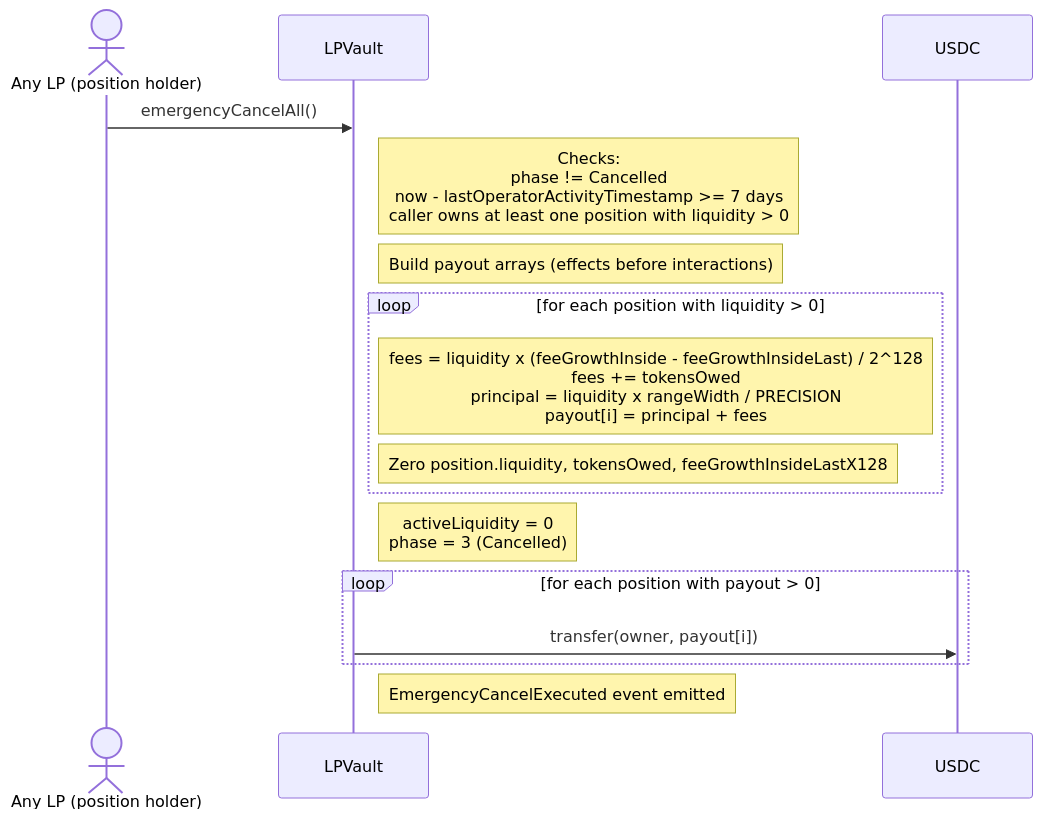
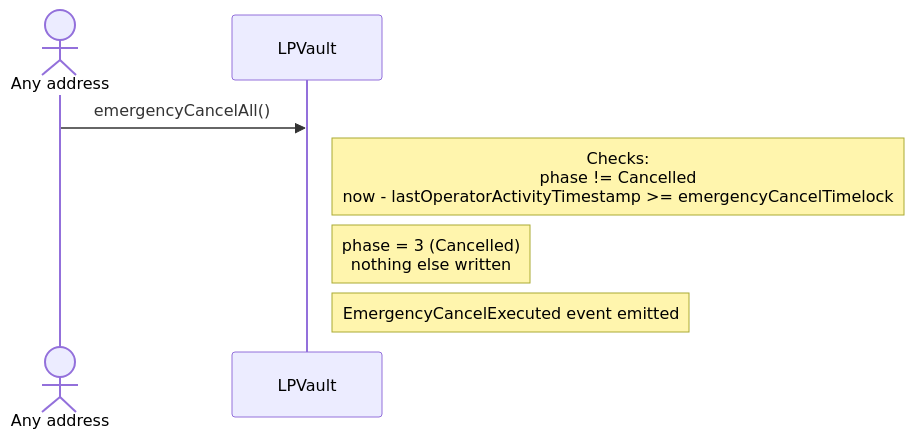
Before and after one commit to ProphetMarket/lp-vaults: diagram 19 of 33 in REFERENCE.md, drawn with Mermaid. The commit also changed other lines of this file and 4 other files, not shown here.

````diff
--- a/REFERENCE.md
+++ b/REFERENCE.md
@@ -927,23 +930,10 @@
 ```mermaid
 sequenceDiagram
-    actor LP as Any LP (position holder)
+    actor Anyone as Any address
     participant Vault as LPVault
-    participant USDC
 
-    LP->>Vault: emergencyCancelAll()
-    Note right of Vault: Checks:<br/>phase != Cancelled<br/>now - lastOperatorActivityTimestamp >= 7 days<br/>caller owns at least one position with liquidity > 0
-
-    Note right of Vault: Build payout arrays (effects before interactions)
-    loop for each position with liquidity > 0
-        Note right of Vault: fees = liquidity x (feeGrowthInside - feeGrowthInsideLast) / 2^128<br/>fees += tokensOwed<br/>principal = liquidity x rangeWidth / PRECISION<br/>payout[i] = principal + fees
-        Note right of Vault: Zero position.liquidity, tokensOwed, feeGrowthInsideLastX128
-    end
-
-    Note right of Vault: activeLiquidity = 0<br/>phase = 3 (Cancelled)
-
-    loop for each position with payout > 0
-        Vault->>USDC: transfer(owner, payout[i])
-    end
-
+    Anyone->>Vault: emergencyCancelAll()
+    Note right of Vault: Checks:<br/>phase != Cancelled<br/>now - lastOperatorActivityTimestamp >= emergencyCancelTimelock
+    Note right of Vault: phase = 3 (Cancelled)<br/>nothing else written
     Note right of Vault: EmergencyCancelExecuted event emitted
 ```
````
